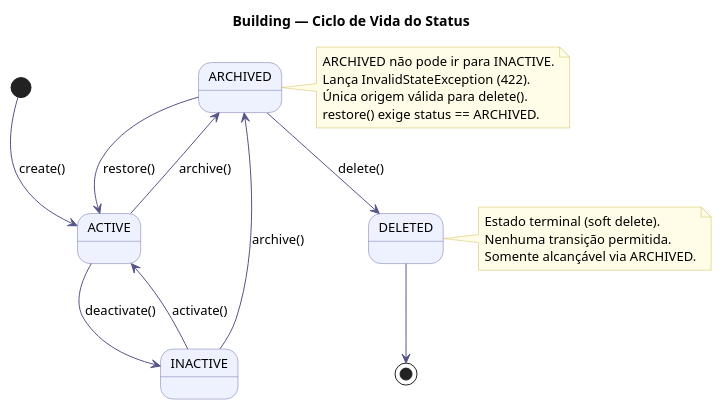
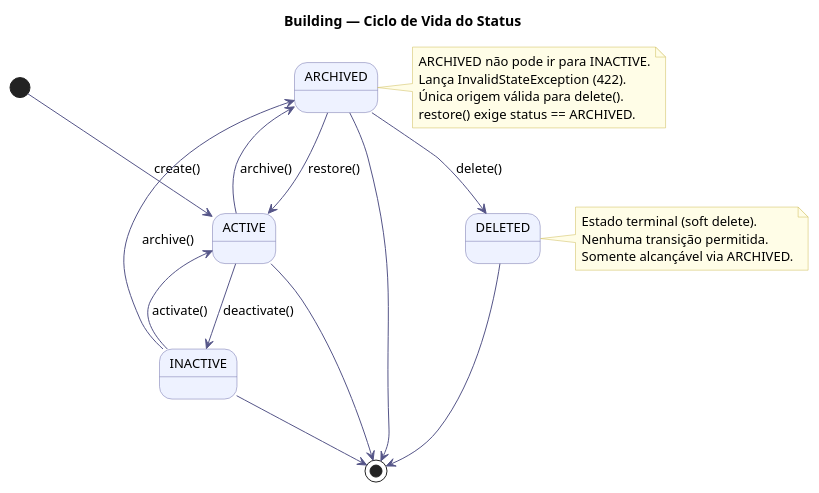
Before and after one commit to Neoguara/rooms-diagrams: the diagram in src/plantuml/estado/building_status.puml, drawn with PlantUML. The commit also changed 5 other files, not shown here.

```diff
--- a/src/plantuml/estado/building_status.puml
+++ b/src/plantuml/estado/building_status.puml
@@ -1,40 +1,43 @@
 @startuml building_status
 
 title Building — Ciclo de Vida do Status
 
 skinparam state {
   BackgroundColor #EEF2FF
   BorderColor #7070AA
   ArrowColor #555588
   FontSize 13
 }
 skinparam noteBackgroundColor #FFFDE7
 skinparam noteBorderColor #CCBB55
 
 [*] --> ACTIVE : create()
 
 ACTIVE   --> INACTIVE : deactivate()
 ACTIVE   --> ARCHIVED : archive()
+ACTIVE   --> [*]
 
 INACTIVE --> ACTIVE   : activate()
 INACTIVE --> ARCHIVED : archive()
+INACTIVE --> [*]
 
 ARCHIVED --> ACTIVE   : restore()
 ARCHIVED --> DELETED  : delete()
+ARCHIVED --> [*]
 
 DELETED --> [*]
 
 note right of ARCHIVED
   ARCHIVED não pode ir para INACTIVE.
   Lança InvalidStateException (422).
   Única origem válida para delete().
   restore() exige status == ARCHIVED.
 end note
 
 note right of DELETED
   Estado terminal (soft delete).
   Nenhuma transição permitida.
   Somente alcançável via ARCHIVED.
 end note
 
 @enduml
```
